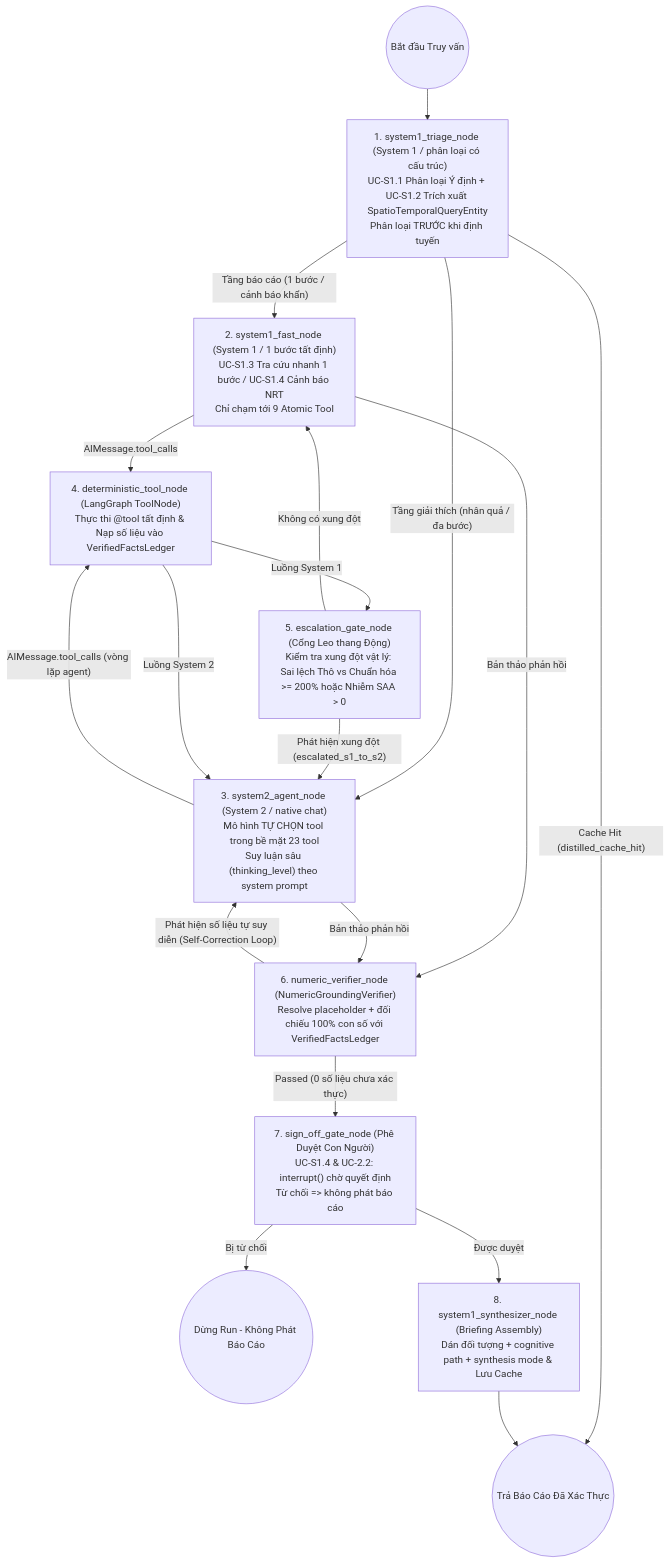
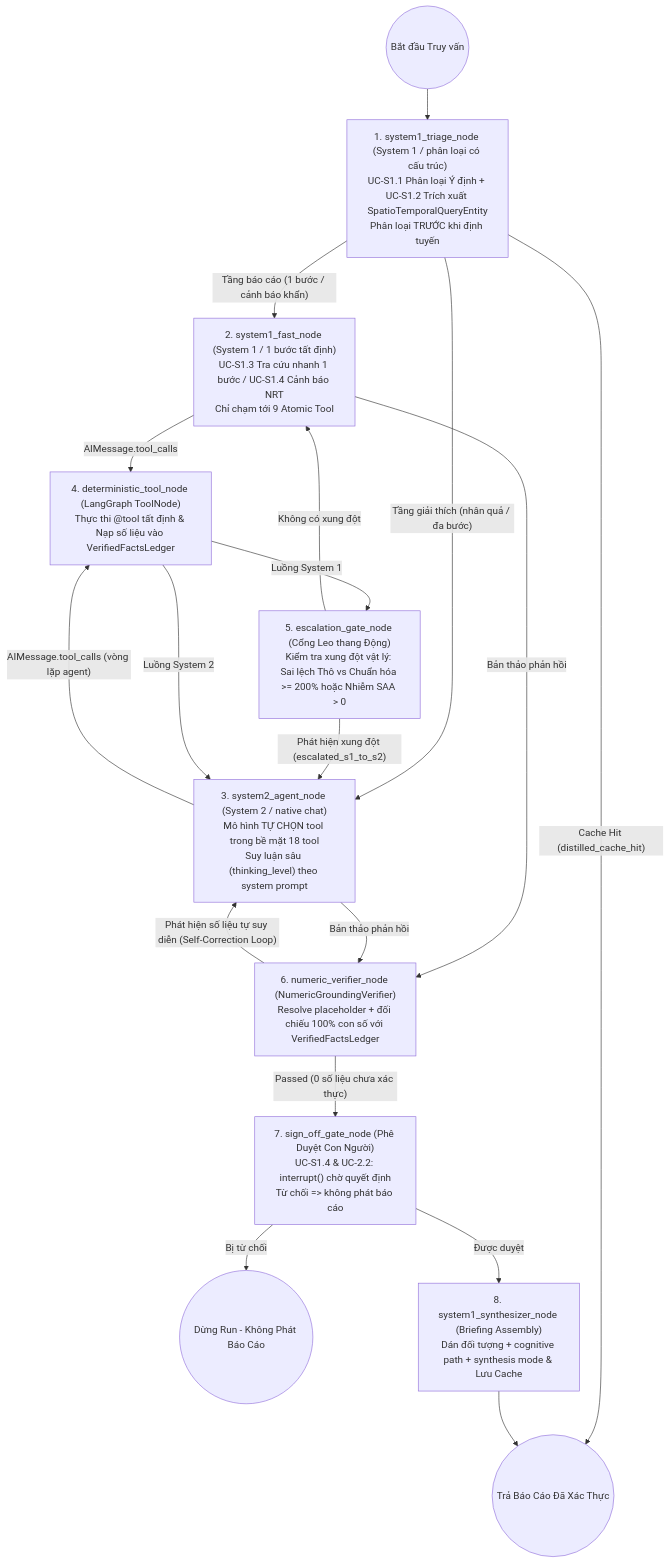
The third of 3 diagrams in exports/REPORT.md (the-aris-club/flare-chronos), drawn with Mermaid before and after one commit. The commit also changed other lines of this file and 3 other files, not shown here.

````diff
--- a/exports/REPORT.md
+++ b/exports/REPORT.md
@@ -440,24 +440,24 @@
 ```mermaid
 flowchart TB
     START((Bắt đầu Truy vấn)) --> S1_TRIAGE["1. system1_triage_node (System 1 / phân loại có cấu trúc)<br/>UC-S1.1 Phân loại Ý định + UC-S1.2 Trích xuất SpatioTemporalQueryEntity<br/>Phân loại TRƯỚC khi định tuyến"]
     S1_TRIAGE -->|"Cache Hit (distilled_cache_hit)"| END_NODE((Trả Báo Cáo Đã Xác Thực))
     S1_TRIAGE -->|"Tầng báo cáo (1 bước / cảnh báo khẩn)"| S1_FAST["2. system1_fast_node (System 1 / 1 bước tất định)<br/>UC-S1.3 Tra cứu nhanh 1 bước / UC-S1.4 Cảnh báo NRT<br/>Chỉ chạm tới 9 Atomic Tool"]
-    S1_TRIAGE -->|"Tầng giải thích (nhân quả / đa bước)"| S2_PLAN["3. system2_agent_node (System 2 / native chat)<br/>Mô hình TỰ CHỌN tool trong bề mặt 23 tool<br/>Suy luận sâu (thinking_level) theo system prompt"]
+    S1_TRIAGE -->|"Tầng giải thích (nhân quả / đa bước)"| S2_PLAN["3. system2_agent_node (System 2 / native chat)<br/>Mô hình TỰ CHỌN tool trong bề mặt 18 tool<br/>Suy luận sâu (thinking_level) theo system prompt"]
 
     S1_FAST -->|"AIMessage.tool_calls"| TOOL_NODE["4. deterministic_tool_node (LangGraph ToolNode)<br/>Thực thi @tool tất định & Nạp số liệu vào VerifiedFactsLedger"]
     S2_PLAN -->|"AIMessage.tool_calls (vòng lặp agent)"| TOOL_NODE
 
     TOOL_NODE -->|"Luồng System 1"| ESC_GATE["5. escalation_gate_node (Cổng Leo thang Động)<br/>Kiểm tra xung đột vật lý: Sai lệch Thô vs Chuẩn hóa >= 200% hoặc Nhiễm SAA > 0"]
     ESC_GATE -->|"Phát hiện xung đột (escalated_s1_to_s2)"| S2_PLAN
     ESC_GATE -->|"Không có xung đột"| S1_FAST
     TOOL_NODE -->|"Luồng System 2"| S2_PLAN
 
     S1_FAST -->|"Bản thảo phản hồi"| VERIFIER["6. numeric_verifier_node (NumericGroundingVerifier)<br/>Resolve placeholder + đối chiếu 100% con số với VerifiedFactsLedger"]
     S2_PLAN -->|"Bản thảo phản hồi"| VERIFIER
 
     VERIFIER -->|"Phát hiện số liệu tự suy diễn (Self-Correction Loop)"| S2_PLAN
     VERIFIER -->|"Passed (0 số liệu chưa xác thực)"| SIGN_GATE["7. sign_off_gate_node (Phê Duyệt Con Người)<br/>UC-S1.4 & UC-2.2: interrupt() chờ quyết định<br/>Từ chối => không phát báo cáo"]
     SIGN_GATE -->|"Bị từ chối"| END_DECLINED((Dừng Run - Không Phát Báo Cáo))
     SIGN_GATE -->|"Được duyệt"| S1_SYNTH["8. system1_synthesizer_node (Briefing Assembly)<br/>Dán đối tượng + cognitive path + synthesis mode & Lưu Cache"]
     S1_SYNTH --> END_NODE
 ```
````
